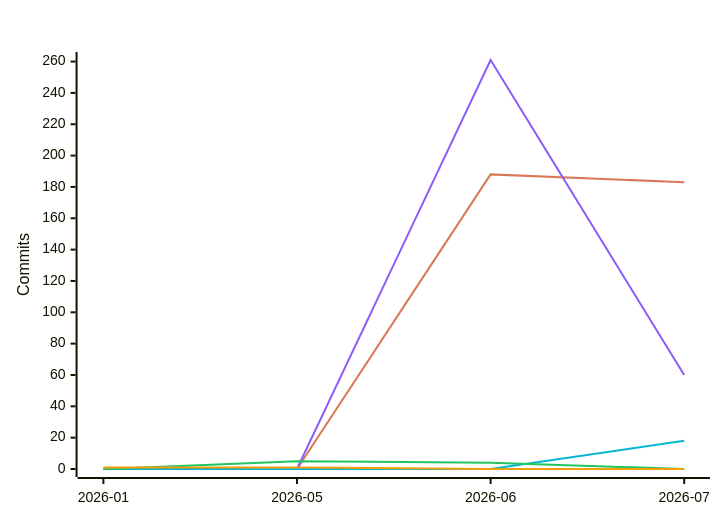
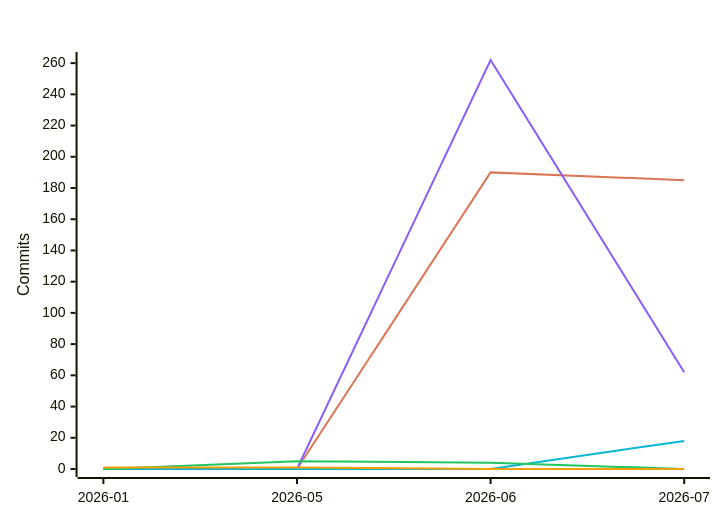
The fifth of 7 diagrams in README.md (polo-nyan/polo-nyan), drawn with Mermaid before and after one commit. The commit also changed other lines of this file and 3 other files, not shown here.

````diff
--- a/README.md
+++ b/README.md
@@ -266,12 +313,12 @@
 ```mermaid
 %%{init: {"xyChart": {"titleColor": "#ffffff", "xAxisLabelColor": "#ffffff", "yAxisLabelColor": "#ffffff"}, "themeVariables": {"xyChart": {"titleColor": "#ffffff", "plotColorPalette": "#d97757, #8b5cf6, #06b6d4, #22c55e, #f59e0b, #ec4899"}}}}%%
 xychart-beta
     title "Commits Per Month by Model Family"
     x-axis ["2026-01", "2026-05", "2026-06", "2026-07"]
     y-axis "Commits"
-    line [0, 0, 188, 183]
-    line [0, 0, 261, 60]
+    line [0, 0, 190, 185]
+    line [0, 0, 262, 62]
     line [0, 0, 0, 18]
     line [0, 5, 4, 0]
     line [1, 1, 0, 0]
 ```
````
